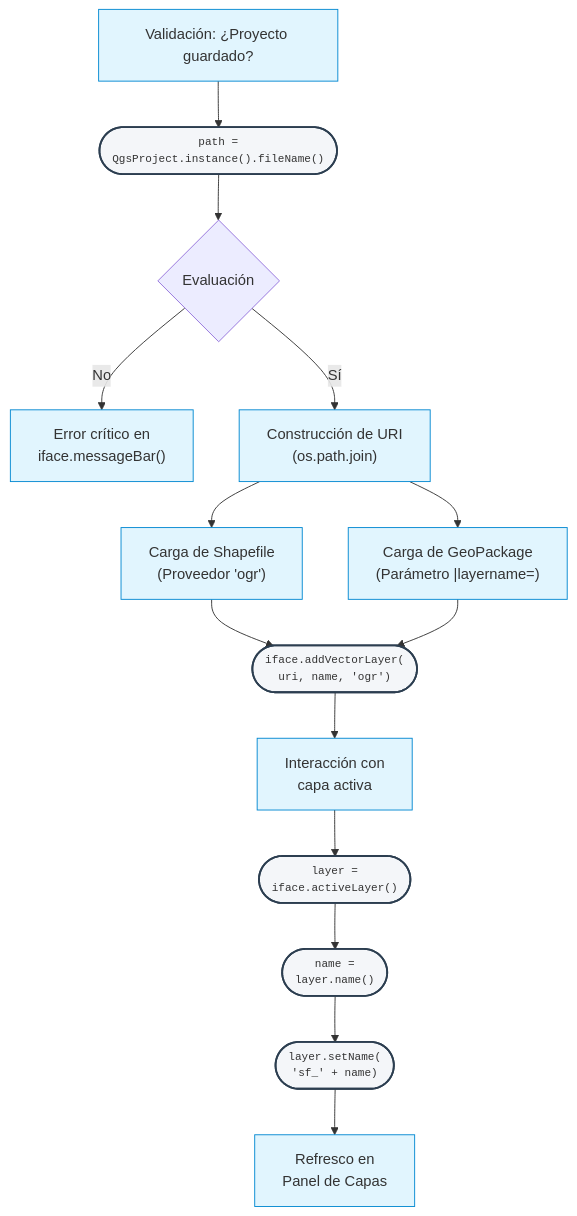
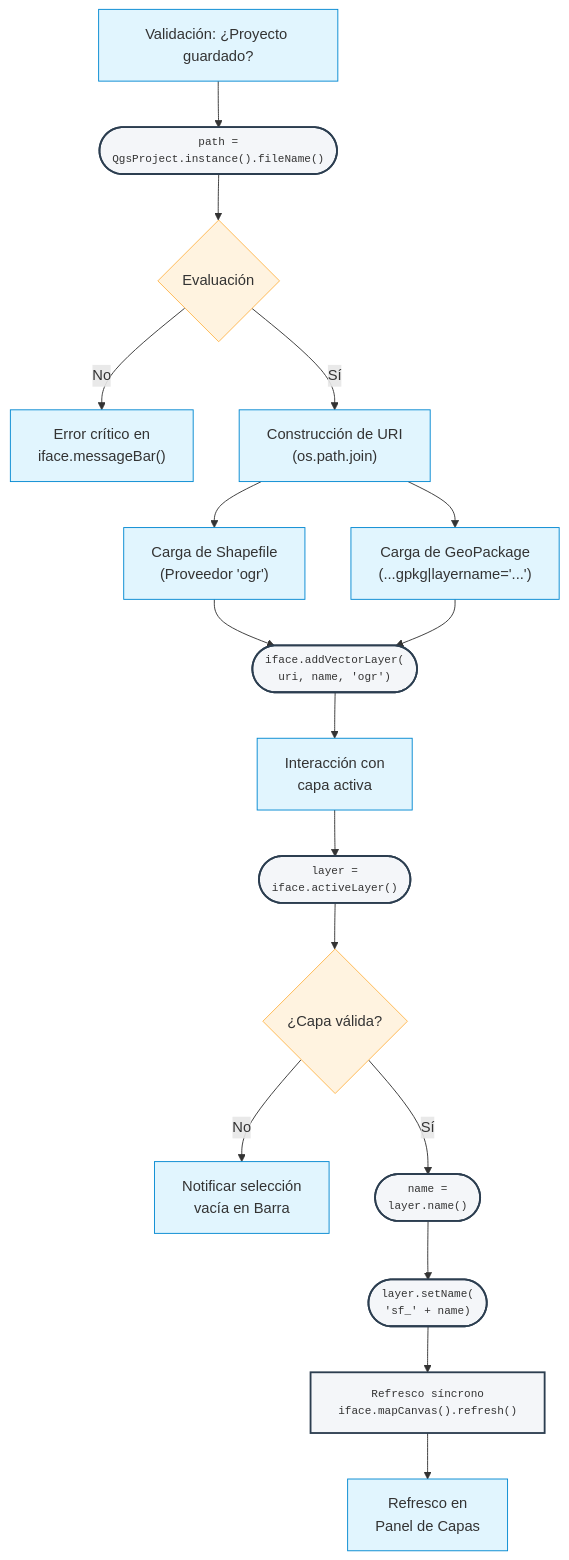
Before and after one commit to alexyshr/ProgramacionSIG2026: diagram 14 of 24 in 22-pyQGIS_part1.qmd, drawn with Mermaid. The commit also changed other lines of this file and 6 other files, not shown here.

````diff
--- a/22-pyQGIS_part1.qmd
+++ b/22-pyQGIS_part1.qmd
@@ -1255,29 +1444,38 @@
 ```{mermaid}
 %%| fig-align: center
 %%| fig-width: 10
 %%| fig-height: 8
 
 graph TD
     %% Definición de estilos para prevenir desbordes tipográficos
     classDef cod fill:#f4f6f9,stroke:#2c3e50,stroke-width:2px,font-family:monospace,font-size:12px;
     classDef exp fill:#e1f5fe,stroke:#0288d1,stroke-width:1px;
 
     %% Flujo de Adición
     A["Validación: ¿Proyecto guardado?"]:::exp --> B
     B(["path =<br/>QgsProject.instance().fileName()"]):::cod --> C{Evaluación}
     
     C -->|No| D["Error crítico en<br/>iface.messageBar()"]:::exp
     C -->|Sí| E["Construcción de URI<br/>(os.path.join)"]:::exp
     
     E --> F["Carga de Shapefile<br/>(Proveedor 'ogr')"]:::exp
-    E --> G["Carga de GeoPackage<br/>(Parámetro |layername=)"]:::exp
+    G["Carga de GeoPackage<br/>(...gpkg#124;layername='...')"]:::exp
+    E --> G
     
     F --> H(["iface.addVectorLayer(<br/>uri, name, 'ogr')"]):::cod
     G --> H
     
     %% Flujo de Renombrado
     H --> I["Interacción con<br/>capa activa"]:::exp
     I --> J(["layer =<br/>iface.activeLayer()"]):::cod --> K
-    K(["name =<br/>layer.name()"]):::cod --> L
-    L(["layer.setName(<br/>'sf_' + name)"]):::cod --> M["Refresco en<br/>Panel de Capas"]:::exp
+    K{"¿Capa válida?"}:::exp
+    
+    K -->|No| N["Notificar selección<br/>vacía en Barra"]:::exp
+    K -->|Sí| L(["name =<br/>layer.name()"]):::cod --> M
+    M(["layer.setName(<br/>'sf_' + name)"]):::cod --> O["Refresco síncrono<br/>iface.mapCanvas().refresh()"]:::cod
+    O --> P["Refresco en<br/>Panel de Capas"]:::exp
+
+    %% Asignación explícita de estilos para nodos condicionales
+    class C,K cond;
+    classDef cond fill:#fff3e0,stroke:#ffb74d,stroke-width:1px;
 ```
````
